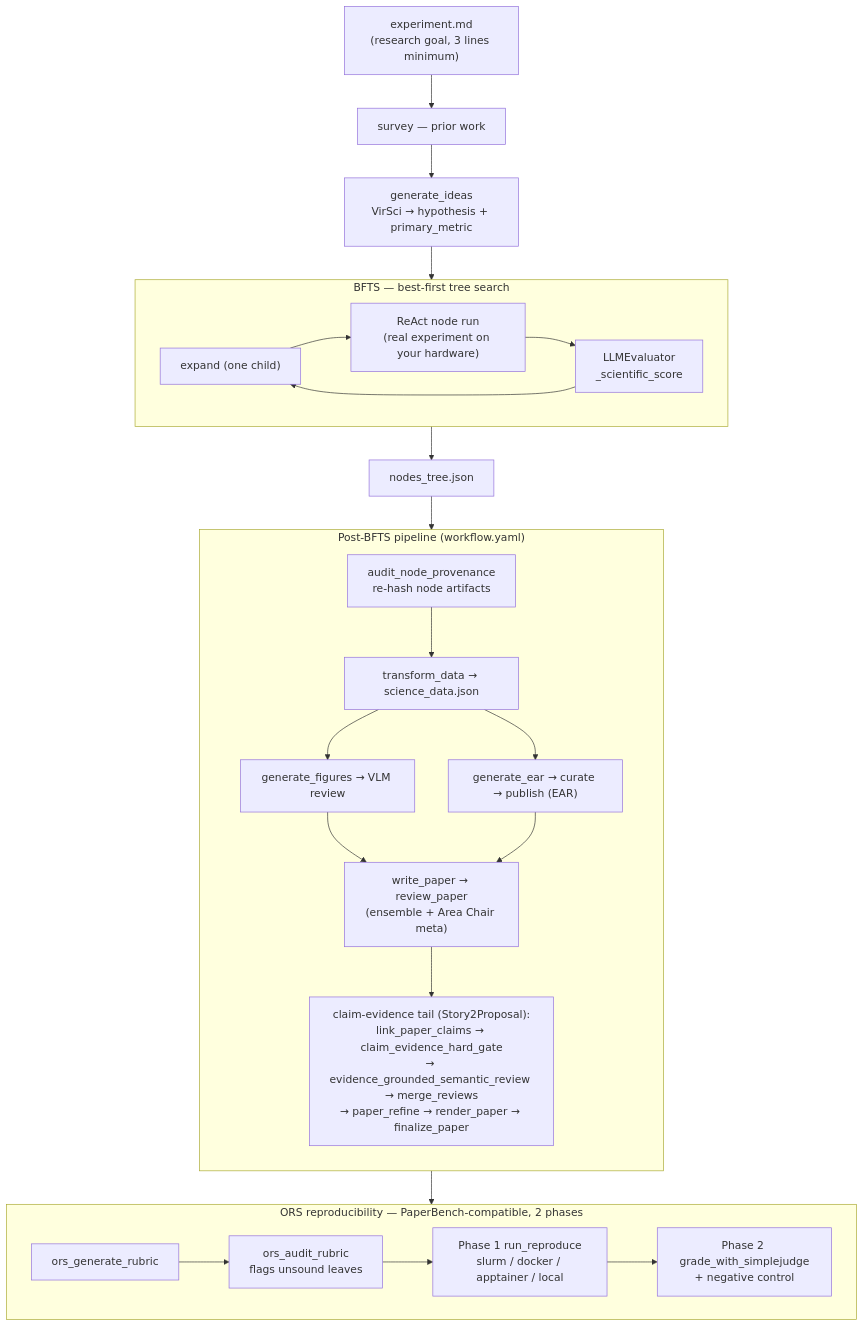
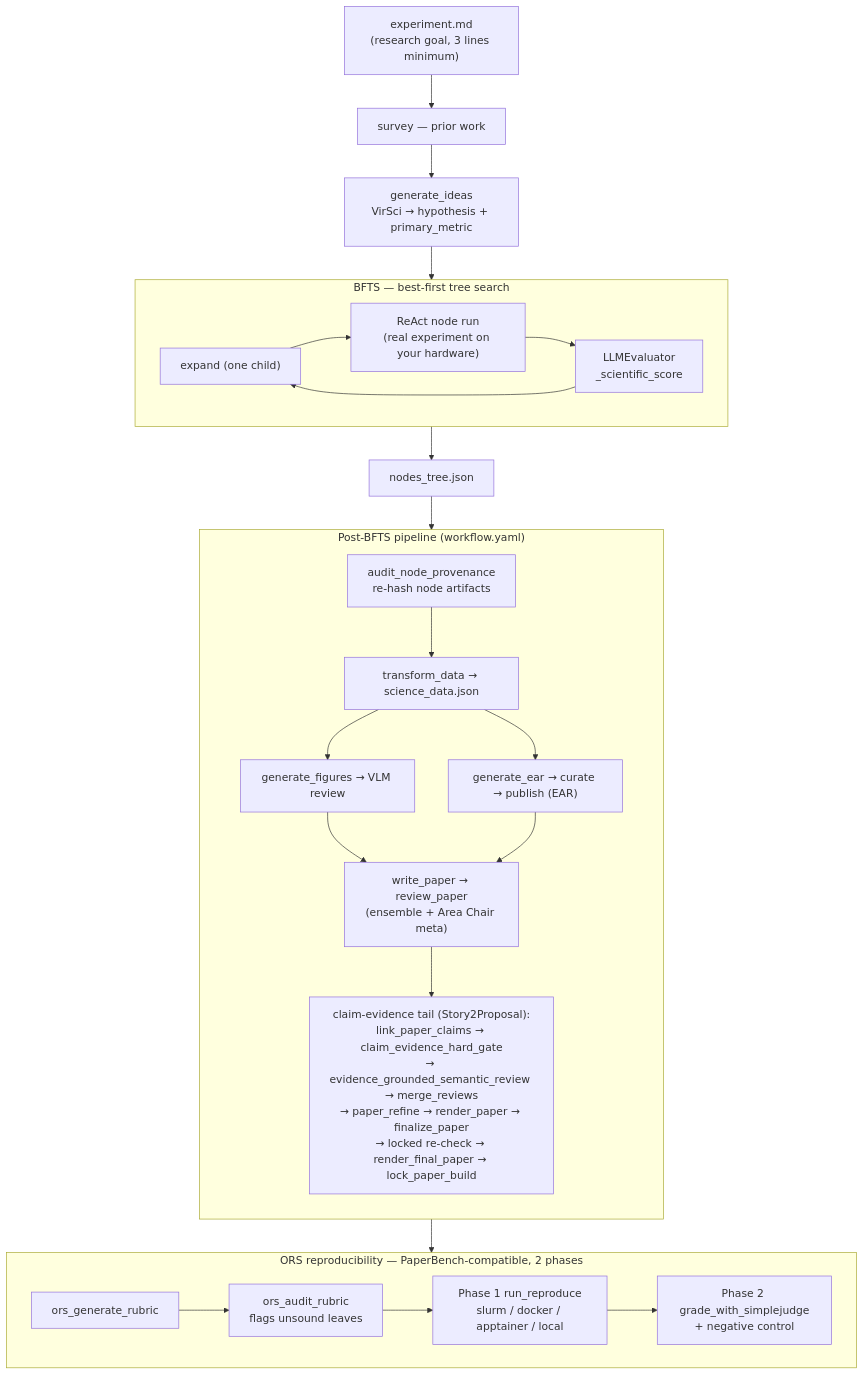
Before and after one commit to kotama7/ARI: the diagram in docs/concepts/architecture.md, drawn with Mermaid. The commit also changed other lines of this file and 123 other files, not shown here.

````diff
--- a/docs/concepts/architecture.md
+++ b/docs/concepts/architecture.md
@@ -64,43 +64,43 @@
 ```mermaid
 flowchart TB
     exp["experiment.md<br/>(research goal, 3 lines minimum)"]
     exp --> survey["survey — prior work"]
     survey --> ideas["generate_ideas<br/>VirSci → hypothesis + primary_metric"]
     ideas --> bfts
 
     subgraph bfts["BFTS — best-first tree search"]
         direction LR
         expand["expand (one child)"] --> run["ReAct node run<br/>(real experiment on your hardware)"]
         run --> eval["LLMEvaluator<br/>_scientific_score"]
         eval --> expand
     end
 
     bfts --> tree["nodes_tree.json"]
 
     subgraph post["Post-BFTS pipeline (workflow.yaml)"]
         direction TB
         provenance["audit_node_provenance<br/>re-hash node artifacts"]
         transform["transform_data → science_data.json"]
         figures["generate_figures → VLM review"]
         paper["write_paper → review_paper<br/>(ensemble + Area Chair meta)"]
-        claimtail["claim-evidence tail (Story2Proposal):<br/>link_paper_claims → claim_evidence_hard_gate<br/>→ evidence_grounded_semantic_review → merge_reviews<br/>→ paper_refine → render_paper → finalize_paper"]
+        claimtail["claim-evidence tail (Story2Proposal):<br/>link_paper_claims → claim_evidence_hard_gate<br/>→ evidence_grounded_semantic_review → merge_reviews<br/>→ paper_refine → render_paper → finalize_paper<br/>→ locked re-check → render_final_paper → lock_paper_build"]
         ear["generate_ear → curate → publish (EAR)"]
         provenance --> transform
         transform --> figures
         transform --> ear
         figures --> paper
         ear --> paper
         paper --> claimtail
     end
 
     tree --> post
 
     subgraph ors["ORS reproducibility — PaperBench-compatible, 2 phases"]
         direction LR
         rubric["ors_generate_rubric"] --> audit["ors_audit_rubric<br/>flags unsound leaves"]
         audit --> p1["Phase 1 run_reproduce<br/>slurm / docker / apptainer / local"]
         p1 --> p2["Phase 2 grade_with_simplejudge<br/>+ negative control"]
     end
 
     post --> ors
 ```
````
